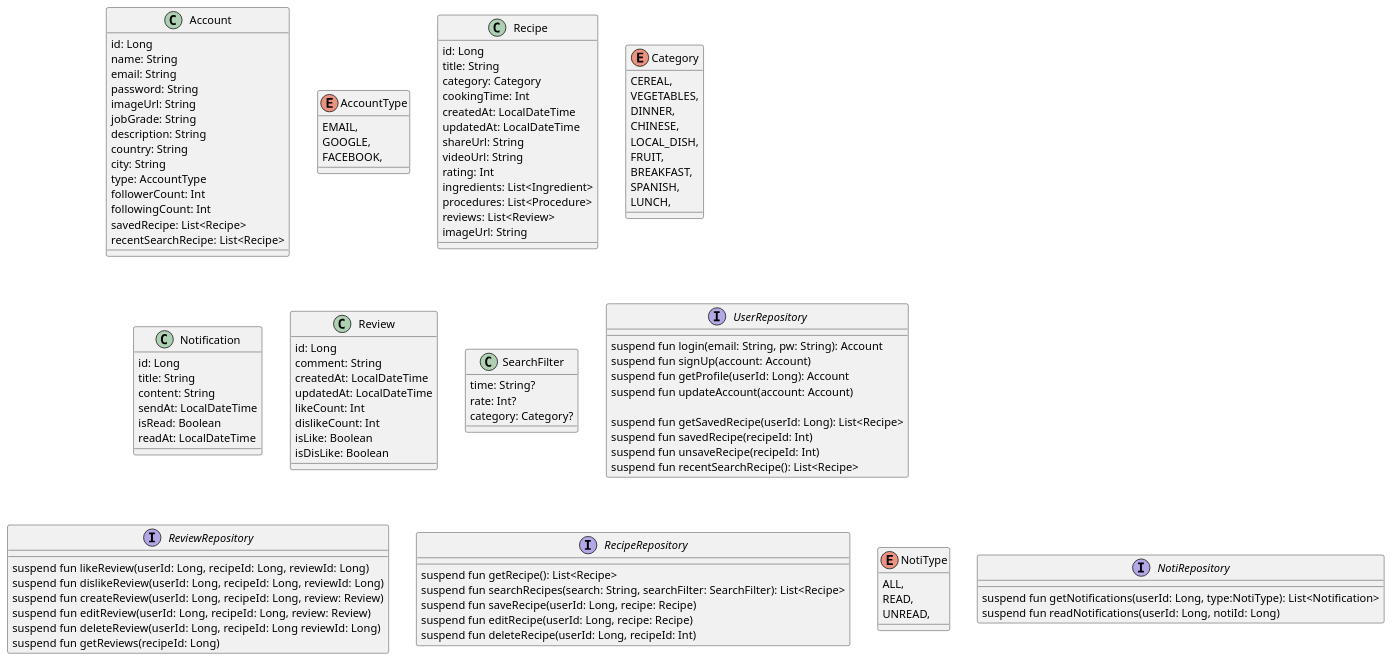
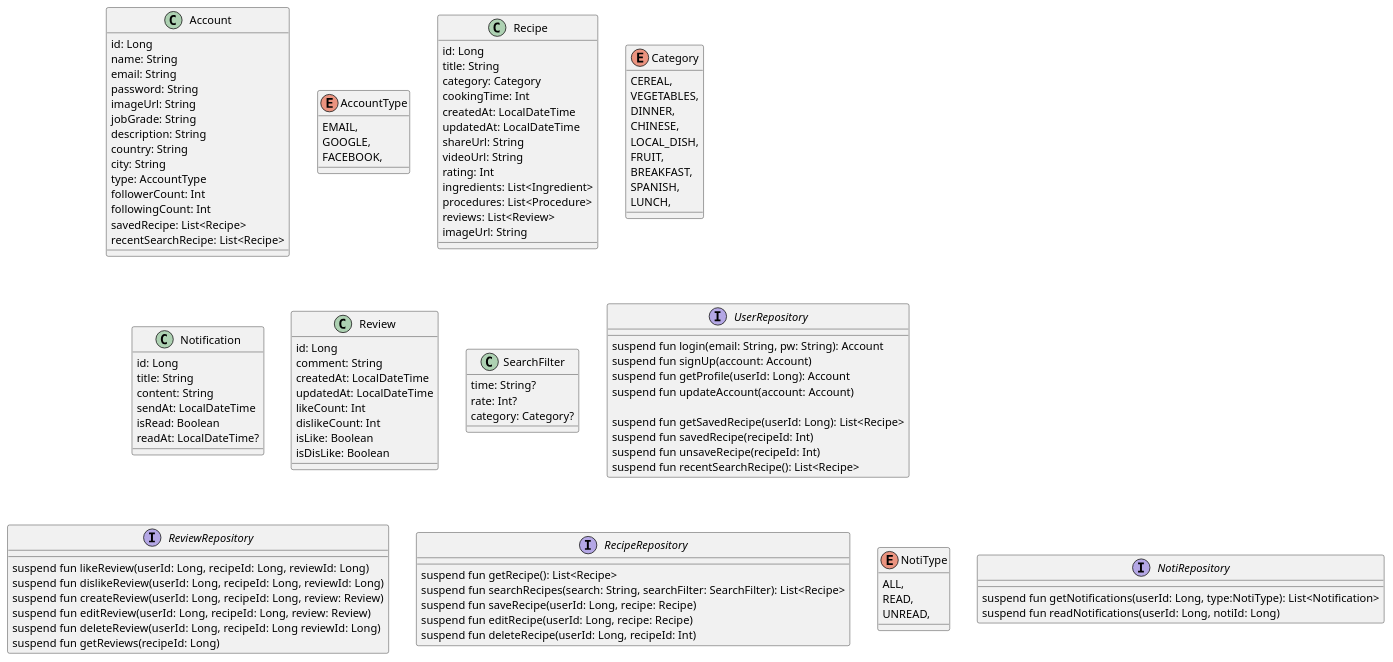
One commit to SurvivalCodingCampus/gangnam2_kotlin_study changed the diagram in src/main/kotlin/_251127_team_design/FoodApp.puml. Above: the diagram before and after it, drawn with PlantUML.

Commit message:
fix: readAt을 LocalDateTime에서 LocalDateTime?으로 변경 읽지 않으면 읽은 시간이 없으므로 nullable type으로 변경

```diff
--- a/src/main/kotlin/_251127_team_design/FoodApp.puml
+++ b/src/main/kotlin/_251127_team_design/FoodApp.puml
@@ -1,120 +1,121 @@
 @startuml
 
 class Account {
     id: Long
     name: String
     email: String
     password: String
     imageUrl: String
     jobGrade: String
     description: String
     country: String
     city: String
     type: AccountType
     followerCount: Int
     followingCount: Int
     savedRecipe: List<Recipe>
     recentSearchRecipe: List<Recipe>
 }
 
 enum AccountType {
     EMAIL,
     GOOGLE,
     FACEBOOK,
 }
 
 class Recipe {
     id: Long
     title: String
     category: Category
     cookingTime: Int
     createdAt: LocalDateTime
     updatedAt: LocalDateTime
     shareUrl: String
     videoUrl: String
     rating: Int
     ingredients: List<Ingredient>
     procedures: List<Procedure>
     reviews: List<Review>
     imageUrl: String
 }
 
 enum Category {
     CEREAL,
     VEGETABLES,
     DINNER,
     CHINESE,
     LOCAL_DISH,
     FRUIT,
     BREAKFAST,
     SPANISH,
     LUNCH,
 }
 
 
 class Notification {
     id: Long
     title: String
     content: String
     sendAt: LocalDateTime
     isRead: Boolean
-    readAt: LocalDateTime
+    readAt: LocalDateTime?
+    '읽지 않으면 시간이 없으므로 nullabletype으로 변경
 }
 
 class Review {
     id: Long
     comment: String
     createdAt: LocalDateTime
     updatedAt: LocalDateTime
     likeCount: Int
     dislikeCount: Int
     isLike: Boolean
     isDisLike: Boolean
 }
 
 class SearchFilter {
     time: String?
     rate: Int?
     category: Category?
 }
 
 interface UserRepository {
     suspend fun login(email: String, pw: String): Account
     suspend fun signUp(account: Account)
     suspend fun getProfile(userId: Long): Account
     suspend fun updateAccount(account: Account)
 
     suspend fun getSavedRecipe(userId: Long): List<Recipe>
     suspend fun savedRecipe(recipeId: Int)
     suspend fun unsaveRecipe(recipeId: Int)
     suspend fun recentSearchRecipe(): List<Recipe>
 }
 
 interface ReviewRepository {
     suspend fun likeReview(userId: Long, recipeId: Long, reviewId: Long)
     suspend fun dislikeReview(userId: Long, recipeId: Long, reviewId: Long)
     suspend fun createReview(userId: Long, recipeId: Long, review: Review)
     suspend fun editReview(userId: Long, recipeId: Long, review: Review)
     suspend fun deleteReview(userId: Long, recipeId: Long reviewId: Long)
     suspend fun getReviews(recipeId: Long)
 }
 
 interface RecipeRepository {
     suspend fun getRecipe(): List<Recipe>
     suspend fun searchRecipes(search: String, searchFilter: SearchFilter): List<Recipe>
     suspend fun saveRecipe(userId: Long, recipe: Recipe)
     suspend fun editRecipe(userId: Long, recipe: Recipe)
     suspend fun deleteRecipe(userId: Long, recipeId: Int)
 }
 
 enum NotiType {
     ALL,
     READ,
     UNREAD,
 }
 
 interface NotiRepository {
     suspend fun getNotifications(userId: Long, type:NotiType): List<Notification>
     suspend fun readNotifications(userId: Long, notiId: Long)
 }
 @enduml
```
